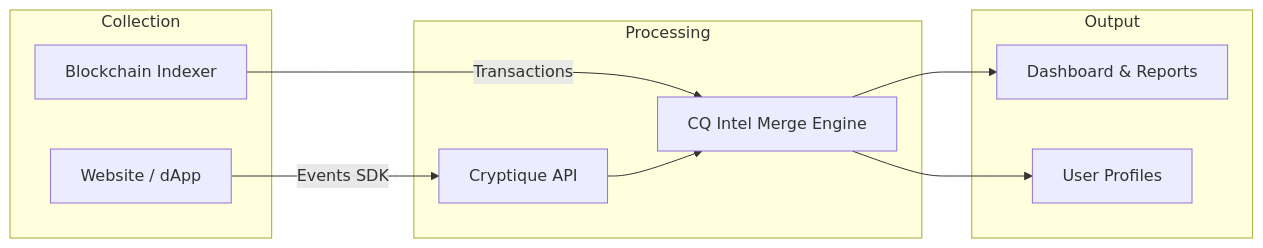
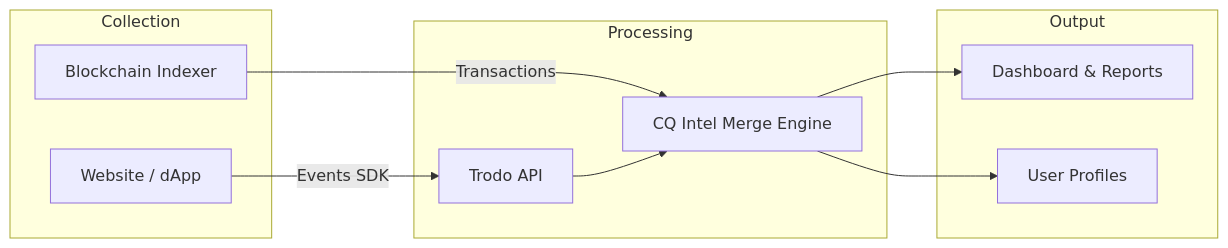
The third of 3 diagrams in data-in/data-model.mdx (cryptique-io-codehub/devdocs), drawn with Mermaid before and after one commit. The commit also changed other lines of this file and 30 other files, not shown here.

First line of the commit message:
rebrand: rename Cryptique → Trodo across all docs

````diff
--- a/data-in/data-model.mdx
+++ b/data-in/data-model.mdx
@@ -208,20 +208,20 @@
 ```mermaid
 flowchart LR
     subgraph Collection["Collection"]
         A[Website / dApp]
         B[Blockchain Indexer]
     end
     subgraph Processing["Processing"]
-        C[Cryptique API]
+        C[Trodo API]
         D[CQ Intel Merge Engine]
     end
     subgraph Output["Output"]
         E[Dashboard & Reports]
         F[User Profiles]
     end
     A -->|Events SDK| C
     B -->|Transactions| D
     C --> D
     D --> F
     D --> E
 ```
````
